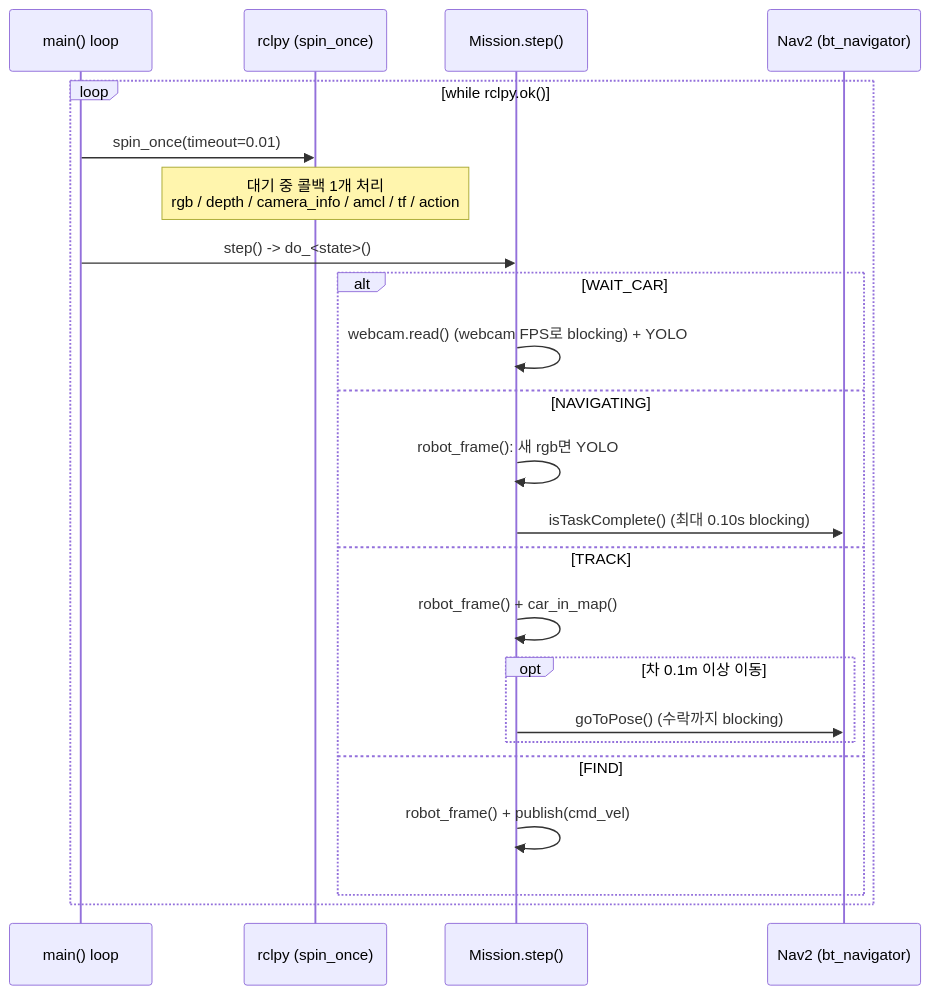
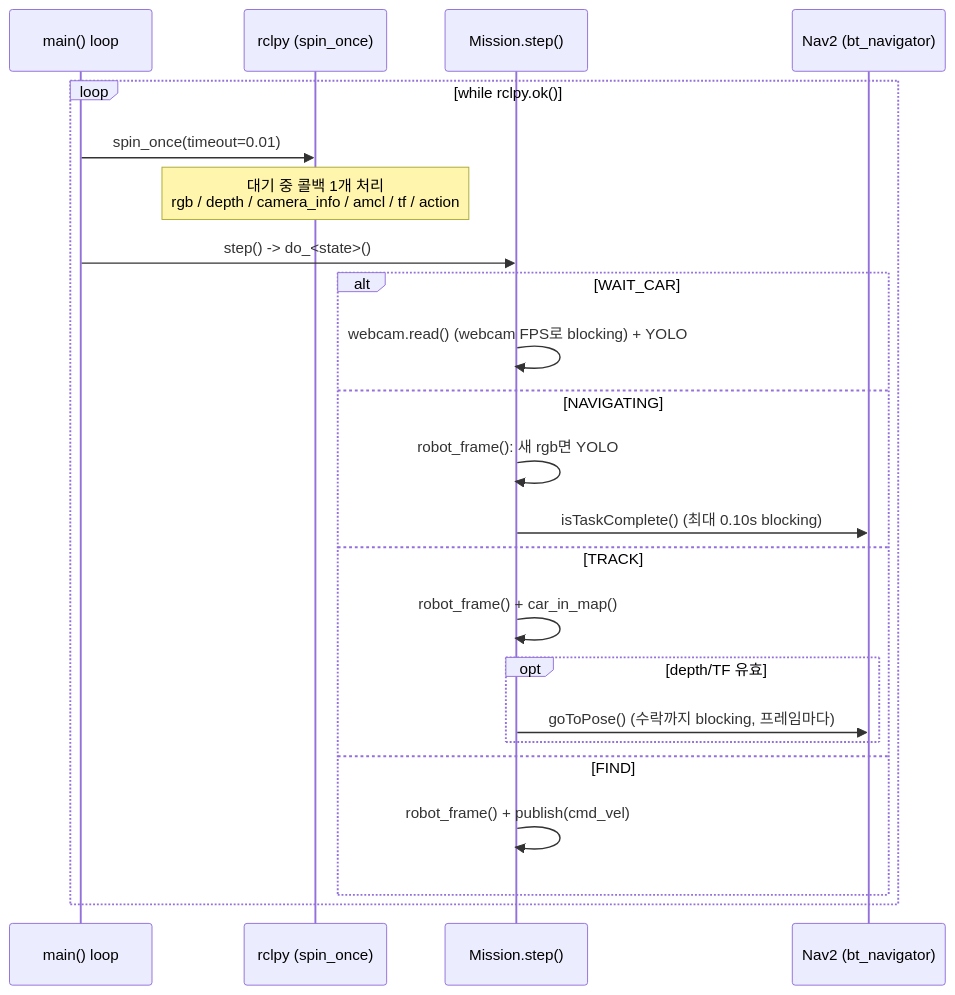
The sixth of 7 diagrams in docs/architecture.md (choicsh/cobot4_ws_miniproject), drawn with Mermaid before and after one commit. The commit also changed other lines of this file and 2 other files, not shown here.

Commit message:
feat(mission): TRACK goal을 유효 프레임마다 전송 (REGOAL_DIST 제거)

````diff
--- a/docs/architecture.md
+++ b/docs/architecture.md
@@ -185,26 +183,26 @@
 ```mermaid
 sequenceDiagram
     participant L as main() loop
     participant E as rclpy (spin_once)
     participant M as Mission.step()
     participant N as Nav2 (bt_navigator)
 
     loop while rclpy.ok()
         L->>E: spin_once(timeout=0.01)
         Note over E: 대기 중 콜백 1개 처리<br/>rgb / depth / camera_info / amcl / tf / action
         L->>M: step() -> do_<state>()
         alt WAIT_CAR
             M->>M: webcam.read() (webcam FPS로 blocking) + YOLO
         else NAVIGATING
             M->>M: robot_frame(): 새 rgb면 YOLO
             M->>N: isTaskComplete() (최대 0.10s blocking)
         else TRACK
             M->>M: robot_frame() + car_in_map()
-            opt 차 0.1m 이상 이동
-                M->>N: goToPose() (수락까지 blocking)
+            opt depth/TF 유효
+                M->>N: goToPose() (수락까지 blocking, 프레임마다)
             end
         else FIND
             M->>M: robot_frame() + publish(cmd_vel)
         end
     end
 ```
````
